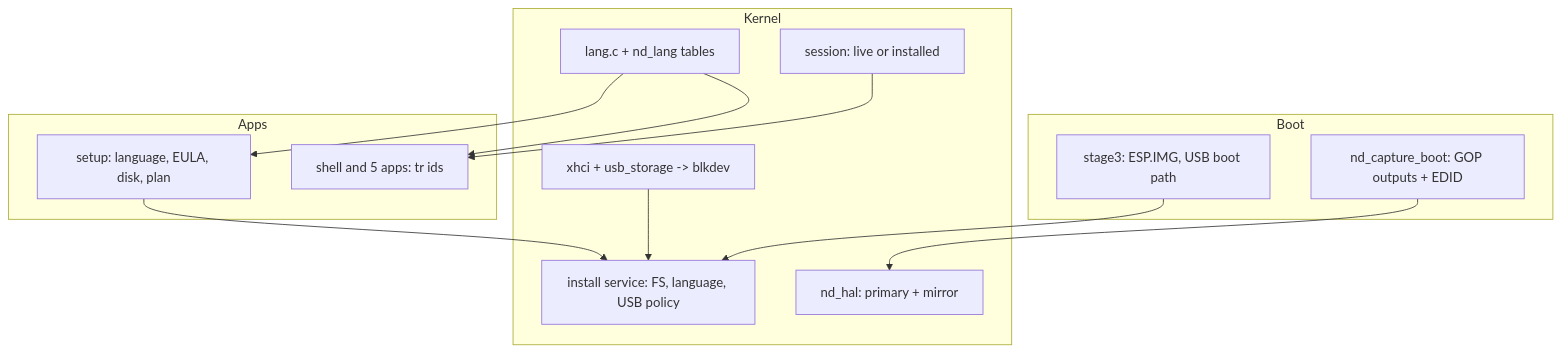
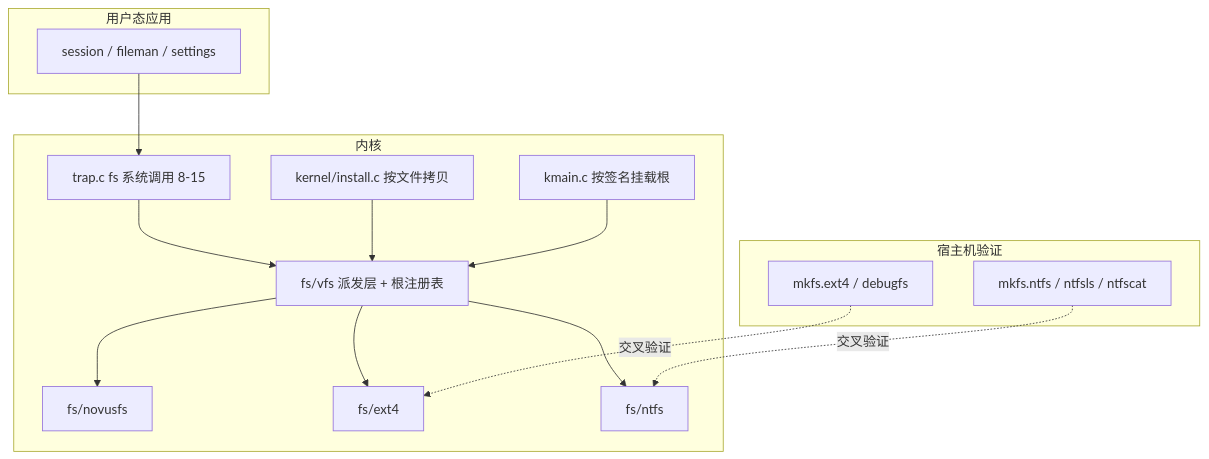
The diagram in .codebuddy/plans/novus-stage1-session-i18n-usb-display_a4b91d79.md (chen-xin-Liam/novus-os), drawn with Mermaid before and after one commit. The commit also changed other lines of this file and 21 other files, not shown here.

````diff
--- a/.codebuddy/plans/novus-stage1-session-i18n-usb-display_a4b91d79.md
+++ b/.codebuddy/plans/novus-stage1-session-i18n-usb-display_a4b91d79.md
@@ -171,25 +205,30 @@
 ```mermaid
 flowchart TB
-  subgraph Boot
-    B1[stage3: ESP.IMG, USB boot path]
-    B2[nd_capture_boot: GOP outputs + EDID]
+  subgraph Apps["用户态应用"]
+    A1[session / fileman / settings]
   end
-  subgraph Kernel
-    K1[lang.c + nd_lang tables]
-    K2[session: live or installed]
-    K3[xhci + usb_storage -> blkdev]
-    K4[install service: FS, language, USB policy]
-    K5[nd_hal: primary + mirror]
+
+  subgraph Kernel["内核"]
+    T[trap.c fs 系统调用 8-15]
+    V[fs/vfs 派发层 + 根注册表]
+    N[fs/novusfs]
+    E[fs/ext4]
+    F[fs/ntfs]
+    I[kernel/install.c 按文件拷贝]
+    K[kmain.c 按签名挂载根]
   end
-  subgraph Apps
-    A1[setup: language, EULA, disk, plan]
-    A2[shell and 5 apps: tr ids]
+
+  subgraph Host["宿主机验证"]
+    H1[mkfs.ext4 / debugfs]
+    H2[mkfs.ntfs / ntfsls / ntfscat]
   end
-  B1 --> K4
-  B2 --> K5
-  K1 --> A2
-  K1 --> A1
-  K3 --> K4
-  K2 --> A2
-  A1 --> K4
+
+  A1 --> T --> V
+  V --> N
+  V --> E
+  V --> F
+  I --> V
+  K --> V
+  H1 -.交叉验证.-> E
+  H2 -.交叉验证.-> F
 ```
````
